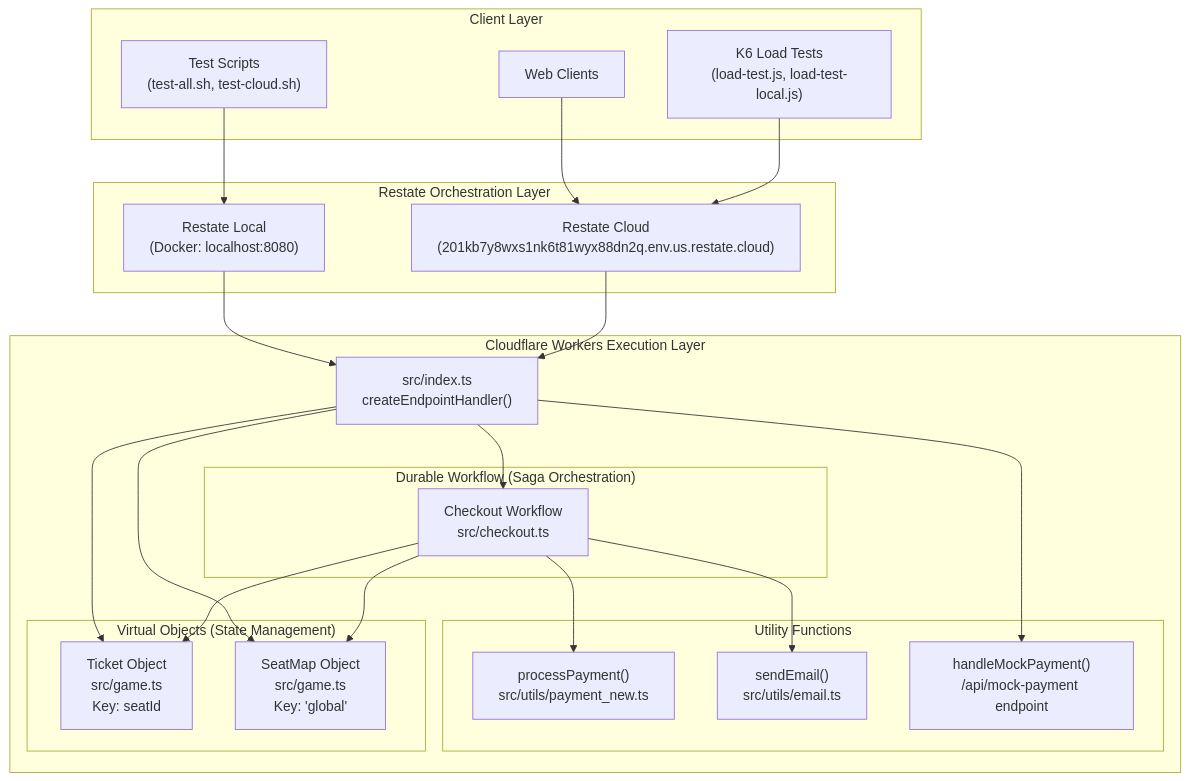
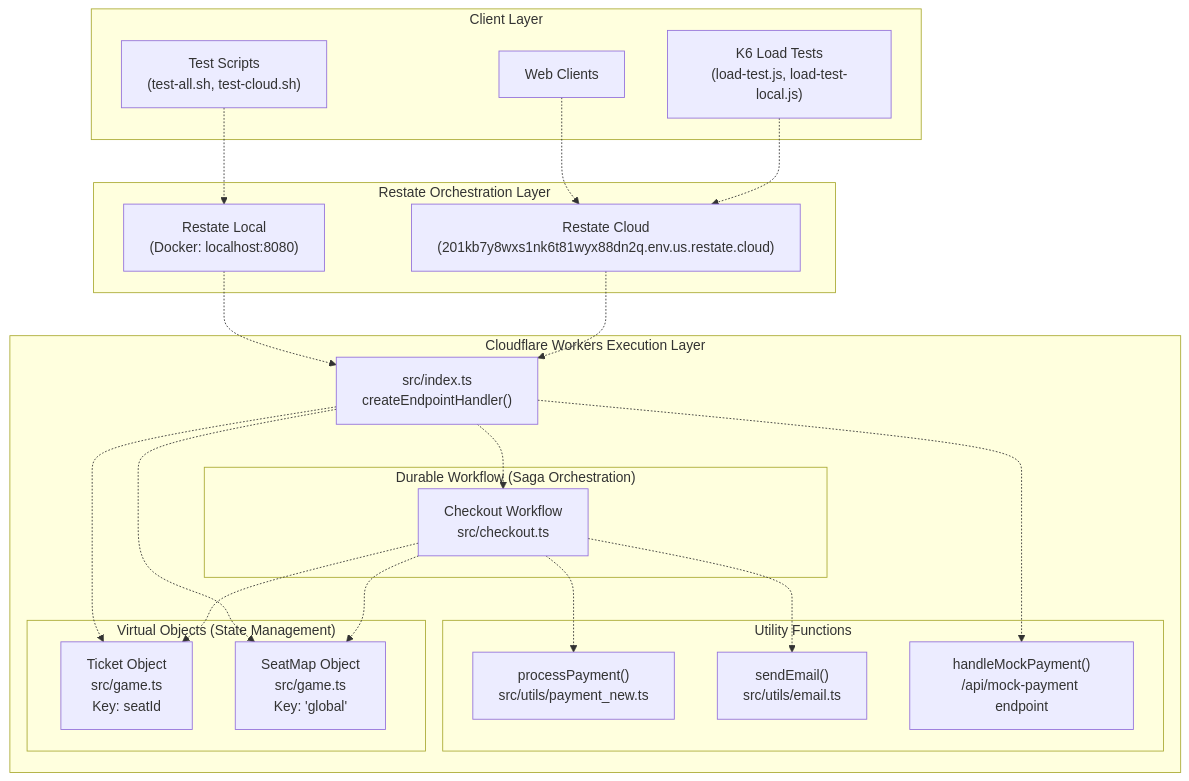
The first of 3 diagrams in docs/deepwiki/Overview.md (philipz/restate-cloudflare-workers-poc), drawn with Mermaid before and after one commit. The commit also changed other lines of this file and 27 other files, not shown here.

````diff
--- a/docs/deepwiki/Overview.md
+++ b/docs/deepwiki/Overview.md
@@ -35,60 +35,60 @@
 ```mermaid
 flowchart TD
 
 WC["Web Clients"]
 TS["Test Scripts<br>(test-all.sh, test-cloud.sh)"]
 LT["K6 Load Tests<br>(load-test.js, load-test-local.js)"]
 RL["Restate Local<br>(Docker: localhost:8080)"]
 RC["Restate Cloud<br>(201kb7y8wxs1nk6t81wyx88dn2q.env.us.restate.cloud)"]
 Entry["src/index.ts<br>createEndpointHandler()"]
 Ticket["Ticket Object<br>src/game.ts<br>Key: seatId"]
 SeatMap["SeatMap Object<br>src/game.ts<br>Key: 'global'"]
 Checkout["Checkout Workflow<br>src/checkout.ts"]
 Payment["processPayment()<br>src/utils/payment_new.ts"]
 Email["sendEmail()<br>src/utils/email.ts"]
 MockAPI["handleMockPayment()<br>/api/mock-payment endpoint"]
 
-WC --> RC
-TS --> RL
-LT --> RC
-RL --> Entry
-RC --> Entry
+WC -.-> RC
+TS -.-> RL
+LT -.-> RC
+RL -.-> Entry
+RC -.-> Entry
 
 subgraph Worker ["Cloudflare Workers Execution Layer"]
     Entry
-    Entry --> MockAPI
-    Entry --> Checkout
-    Entry --> Ticket
-    Entry --> SeatMap
-    Checkout --> Ticket
-    Checkout --> SeatMap
-    Checkout --> Payment
-    Checkout --> Email
+    Entry -.-> MockAPI
+    Entry -.-> Checkout
+    Entry -.-> Ticket
+    Entry -.-> SeatMap
+    Checkout -.-> Ticket
+    Checkout -.-> SeatMap
+    Checkout -.-> Payment
+    Checkout -.-> Email
 
 subgraph Utils ["Utility Functions"]
     Payment
     Email
     MockAPI
 end
 
 subgraph WF ["Durable Workflow (Saga Orchestration)"]
     Checkout
 end
 
 subgraph VO ["Virtual Objects (State Management)"]
     Ticket
     SeatMap
 end
 end
 
 subgraph Orchestration ["Restate Orchestration Layer"]
     RL
     RC
 end
 
 subgraph Client ["Client Layer"]
     WC
     TS
     LT
 end
 ```
````
